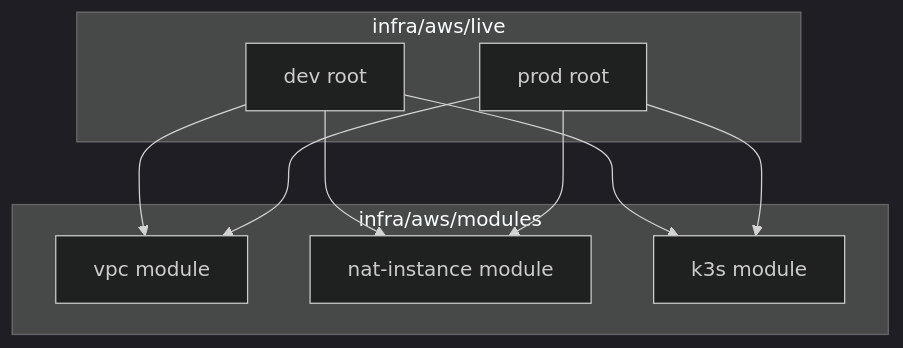
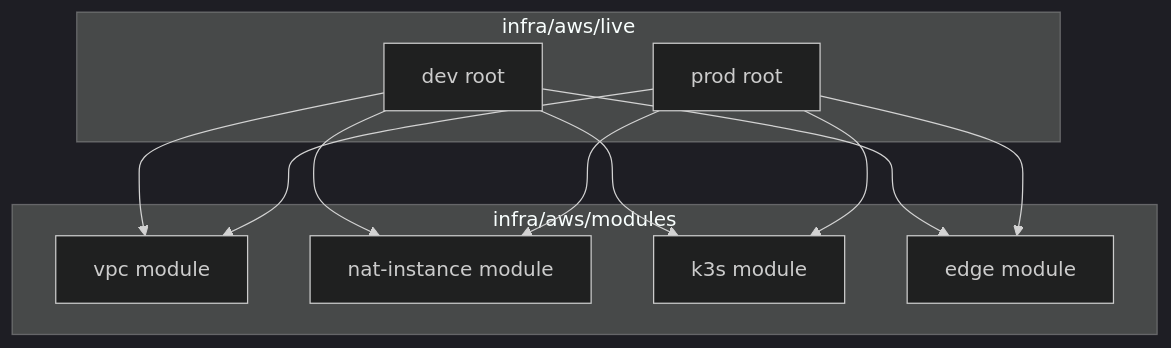
One commit to ClementV78/CloudRadar changed the first of 2 diagrams in docs/architecture/infrastructure.md. Above: the diagram before and after it, drawn with Mermaid (dark theme). The commit also changed other lines of this file and 1 other file, not shown here.

First line of the commit message:
docs(architecture): refine edge docs

````diff
--- a/docs/architecture/infrastructure.md
+++ b/docs/architecture/infrastructure.md
@@ -7,20 +7,23 @@
 ```mermaid
 flowchart TB
   subgraph Live["infra/aws/live"]
     dev["dev root"]
     prod["prod root"]
   end
 
   subgraph Modules["infra/aws/modules"]
     vpc["vpc module"]
     nat["nat-instance module"]
     k3s["k3s module"]
+    edge["edge module"]
   end
 
   dev --> vpc
   dev --> nat
   dev --> k3s
+  dev --> edge
   prod --> vpc
   prod --> nat
   prod --> k3s
+  prod --> edge
 ```
````
